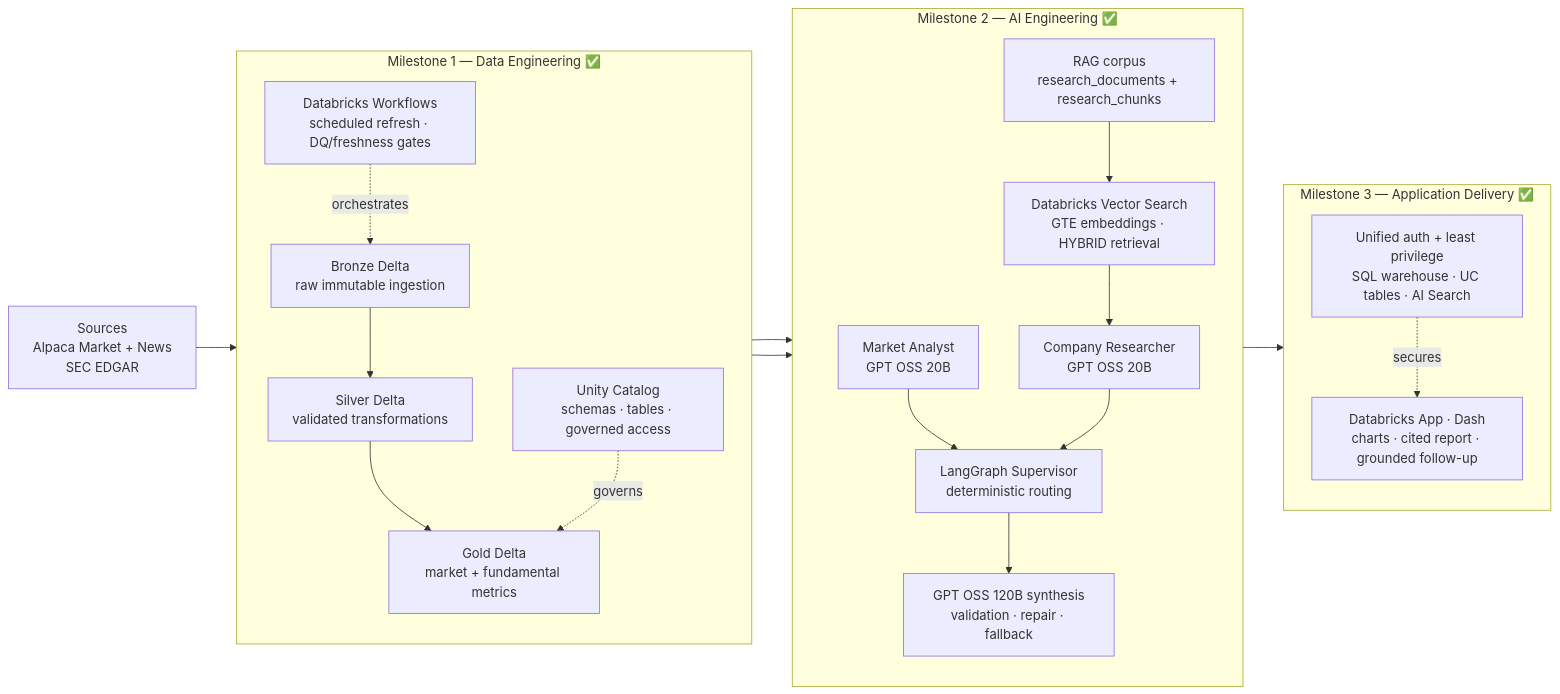
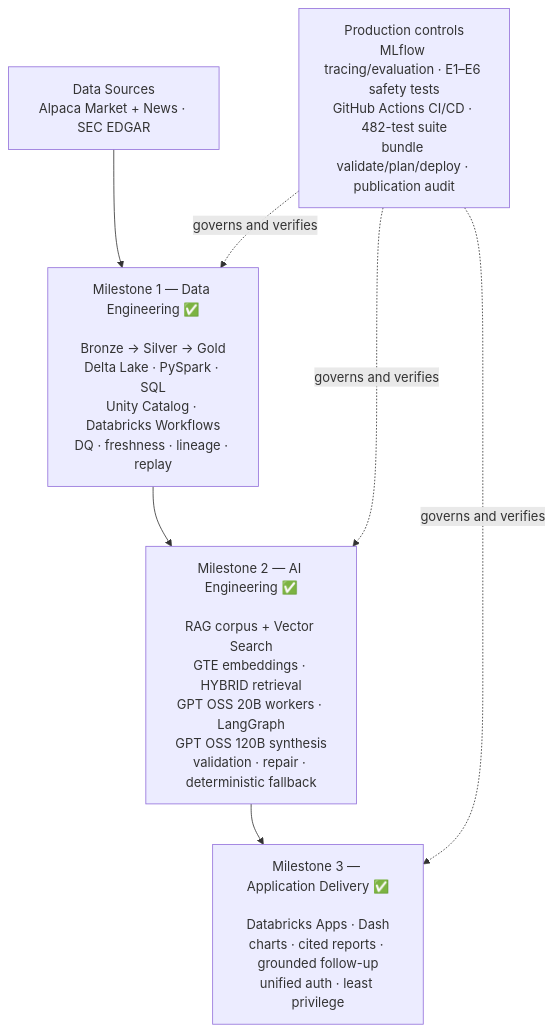
The diagram in README.md (maghdam/multi-agent-equity-research-system-on-databricks), drawn with Mermaid before and after one commit.

Commit message:
docs: simplify recruiter-facing architecture diagram

````diff
--- a/README.md
+++ b/README.md
@@ -99,44 +99,17 @@
 ```mermaid
-flowchart LR
-    SRC["Sources<br/>Alpaca Market + News<br/>SEC EDGAR"]
+flowchart TB
+    SRC["Data Sources<br/>Alpaca Market + News · SEC EDGAR"]
 
-    subgraph DE["Milestone 1 — Data Engineering ✅"]
-        direction TB
-        B["Bronze Delta<br/>raw immutable ingestion"]
-        S["Silver Delta<br/>validated transformations"]
-        G["Gold Delta<br/>market + fundamental metrics"]
-        UC["Unity Catalog<br/>schemas · tables · governed access"]
-        WF["Databricks Workflows<br/>scheduled refresh · DQ/freshness gates"]
+    DE["Milestone 1 — Data Engineering ✅<br/><br/>Bronze → Silver → Gold<br/>Delta Lake · PySpark · SQL<br/>Unity Catalog · Databricks Workflows<br/>DQ · freshness · lineage · replay"]
 
-        B --> S --> G
-        WF -. orchestrates .-> B
-        UC -. governs .-> G
-    end
+    AI["Milestone 2 — AI Engineering ✅<br/><br/>RAG corpus + Vector Search<br/>GTE embeddings · HYBRID retrieval<br/>GPT OSS 20B workers · LangGraph<br/>GPT OSS 120B synthesis<br/>validation · repair · deterministic fallback"]
 
-    subgraph AI["Milestone 2 — AI Engineering ✅"]
-        direction TB
-        R["RAG corpus<br/>research_documents + research_chunks"]
-        VS["Databricks Vector Search<br/>GTE embeddings · HYBRID retrieval"]
-        MA["Market Analyst<br/>GPT OSS 20B"]
-        CR["Company Researcher<br/>GPT OSS 20B"]
-        LG["LangGraph Supervisor<br/>deterministic routing"]
-        SYN["GPT OSS 120B synthesis<br/>validation · repair · fallback"]
+    APP["Milestone 3 — Application Delivery ✅<br/><br/>Databricks Apps · Dash<br/>charts · cited reports · grounded follow-up<br/>unified auth · least privilege"]
 
-        R --> VS --> CR
-        MA --> LG
-        CR --> LG
-        LG --> SYN
-    end
+    OBS["Production controls<br/>MLflow tracing/evaluation · E1–E6 safety tests<br/>GitHub Actions CI/CD · 482-test suite<br/>bundle validate/plan/deploy · publication audit"]
 
-    subgraph APP["Milestone 3 — Application Delivery ✅"]
-        direction TB
-        UI["Databricks App · Dash<br/>charts · cited report · grounded follow-up"]
-        AUTH["Unified auth + least privilege<br/>SQL warehouse · UC tables · AI Search"]
-        AUTH -. secures .-> UI
-    end
-
-    SRC --> B
-    S --> R
-    G --> MA
-    SYN --> UI
+    SRC --> DE --> AI --> APP
+    OBS -. governs and verifies .-> DE
+    OBS -. governs and verifies .-> AI
+    OBS -. governs and verifies .-> APP
 ```
````
